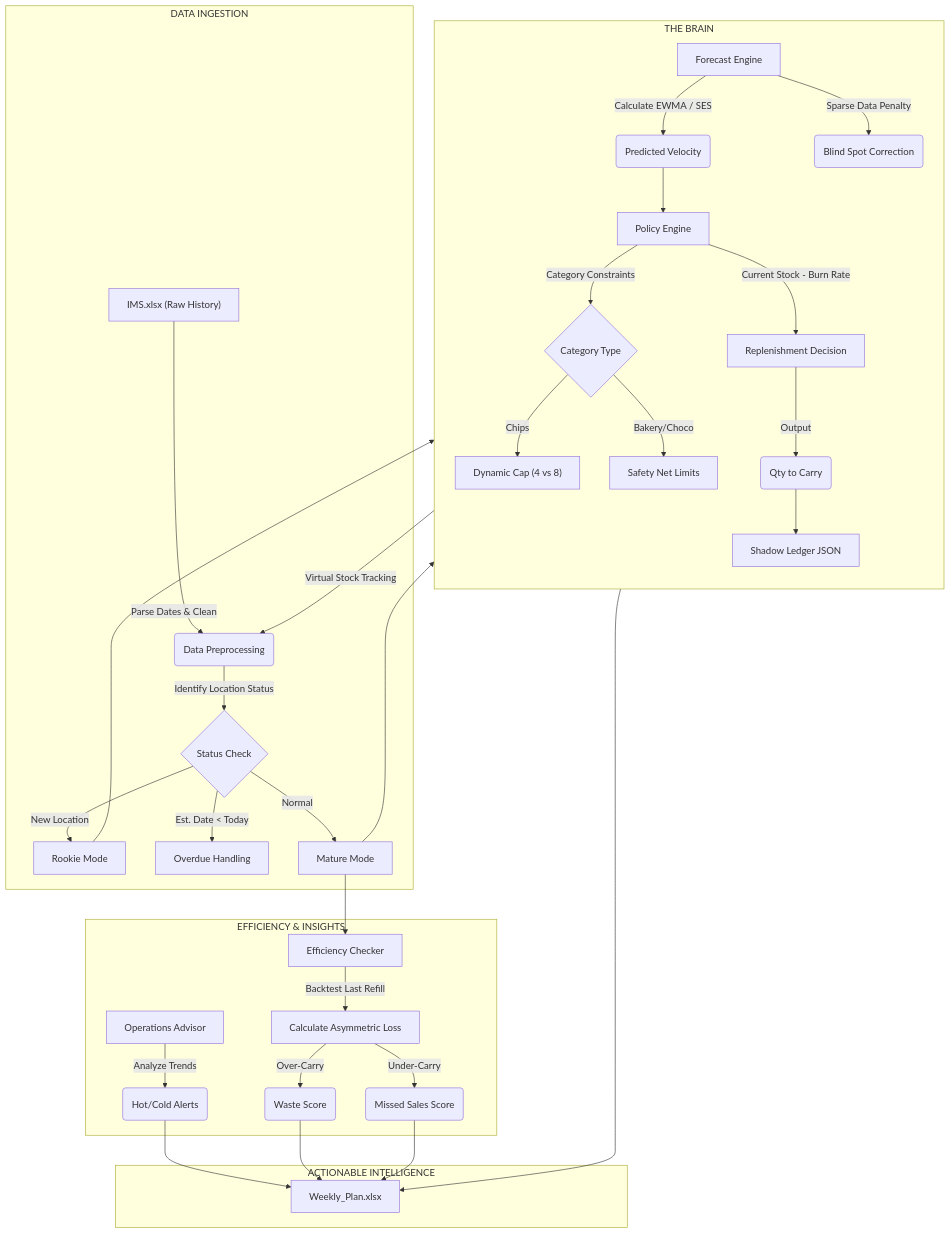
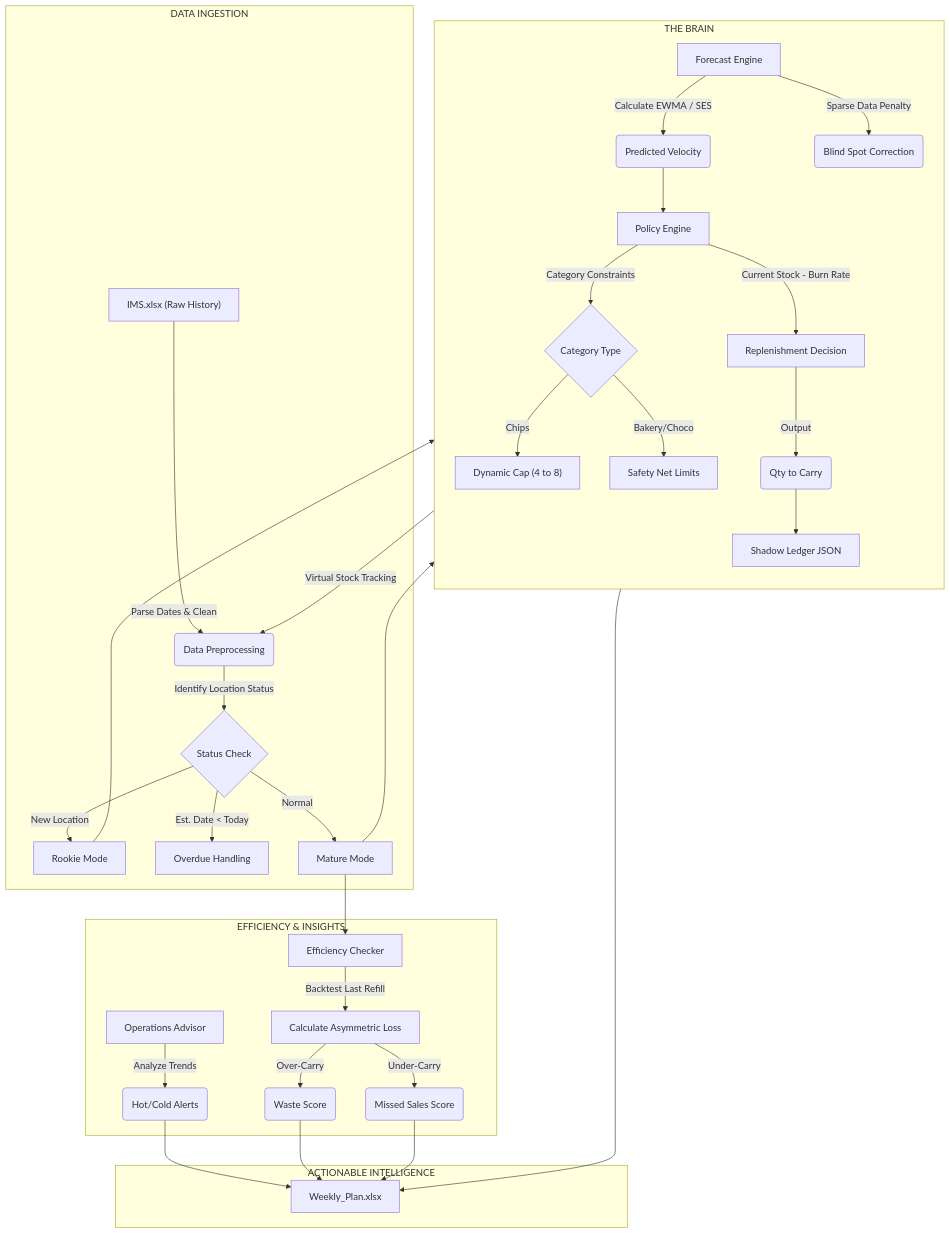
One commit to Jason123331/Zero-Budget-Inventory-AI changed the diagram in README.md. Above: the diagram before and after it, drawn with Mermaid.

````diff
--- a/README.md
+++ b/README.md
@@ -18,52 +18,52 @@
 ```mermaid
 graph TD
     subgraph Input_Layer [DATA INGESTION]
         A["IMS.xlsx (Raw History)"] -->|Parse Dates & Clean| B(Data Preprocessing)
         B -->|Identify Location Status| C{Status Check}
         C -->|New Location| D[Rookie Mode]
         C -->|"Est. Date < Today"| E[Overdue Handling]
         C -->|Normal| F[Mature Mode]
     end
 
     subgraph Core_Engine [THE BRAIN]
         direction TB
         
         %% Forecasting Module
         F --> G[Forecast Engine]
         G -->|"Calculate EWMA / SES"| H(Predicted Velocity)
         G -->|Sparse Data Penalty| I(Blind Spot Correction)
         
         %% Policy Module
         D --> J[Policy Engine]
         H --> J
         J -->|Category Constraints| K{Category Type}
-        K -->|Chips| L["Dynamic Cap (4 vs 8)"]
+        K -->|Chips| L["Dynamic Cap (4 to 8)"]
         K -->|"Bakery/Choco"| M[Safety Net Limits]
         
         %% Decision Logic
         J -->|Current Stock - Burn Rate| N[Replenishment Decision]
         N -->|Output| O(Qty to Carry)
         
         %% Feedback Loop
         O --> P[Shadow Ledger JSON]
         P -->|Virtual Stock Tracking| B
     end
 
     subgraph Audit_Layer [EFFICIENCY & INSIGHTS]
         Q[Efficiency Checker] -->|Backtest Last Refill| R[Calculate Asymmetric Loss]
         R -->|Over-Carry| S(Waste Score)
         R -->|Under-Carry| T(Missed Sales Score)
         
         U[Operations Advisor] -->|Analyze Trends| V(Hot/Cold Alerts)
     end
 
     subgraph Output_Layer [ACTIONABLE INTELLIGENCE]
         O --> W[Weekly_Plan.xlsx]
         V --> W
         S --> W
         T --> W
     end
 
     %% Connect Auditor
     F --> Q
 ```
````
